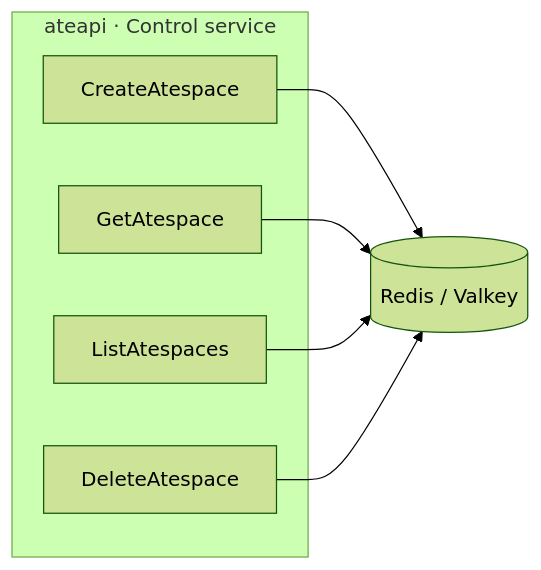
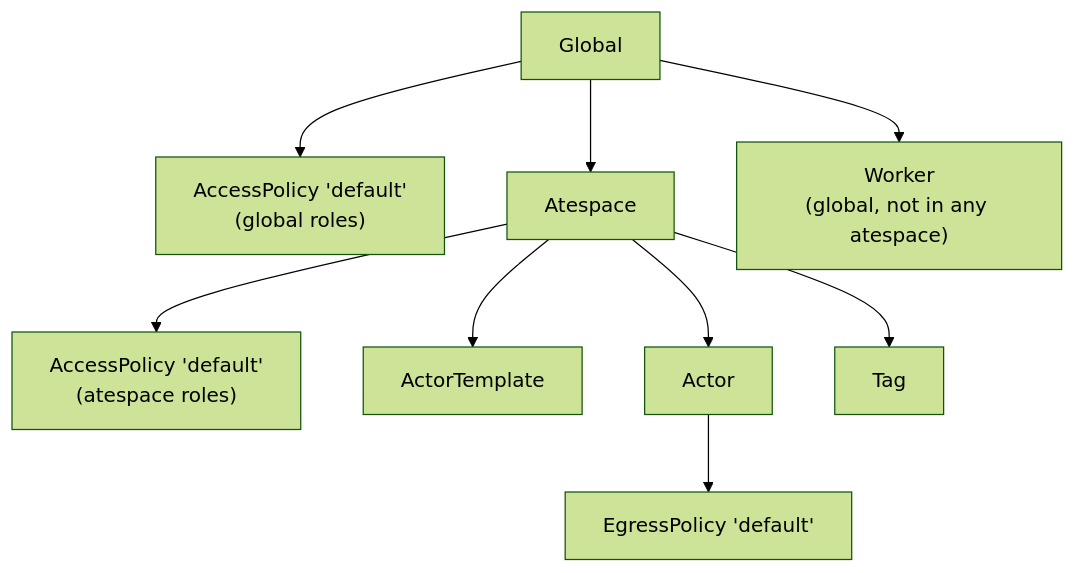
One commit to christian-posta/substrate changed the diagram in atlas/src/content/docs/concepts/atespace.mdx. Above: the diagram before and after it, drawn with Mermaid (forest theme). The commit also changed other lines of this file and 34 other files, not shown here.

````diff
--- a/atlas/src/content/docs/concepts/atespace.mdx
+++ b/atlas/src/content/docs/concepts/atespace.mdx
@@ -37,17 +19,15 @@
 ```mermaid
-flowchart LR
-  subgraph API["ateapi · Control service"]
-    CA["CreateAtespace"]
-    GA["GetAtespace"]
-    LA["ListAtespaces"]
-    DA["DeleteAtespace"]
-  end
-  REDIS[("Redis / Valkey")]
-  CA --> REDIS
-  GA --> REDIS
-  LA --> REDIS
-  DA --> REDIS
+flowchart TB
+  G["Global"] --> GAP["AccessPolicy 'default'<br/>(global roles)"]
+  G --> AS["Atespace"]
+  G --> W["Worker<br/>(global, not in any atespace)"]
+  AS --> AP["AccessPolicy 'default'<br/>(atespace roles)"]
+  AS --> AT["ActorTemplate"]
+  AS --> A["Actor"]
+  AS --> T["Tag"]
+  A --> EP["EgressPolicy 'default'"]
 
-  click API "/components/ateapi/" "ateapi"
-  click REDIS "/components/storage/" "Storage"
+  click A "/concepts/actor/" "Actor"
+  click AT "/concepts/actortemplate/" "ActorTemplate"
+  click W "/concepts/worker/" "Worker"
 ```
````
